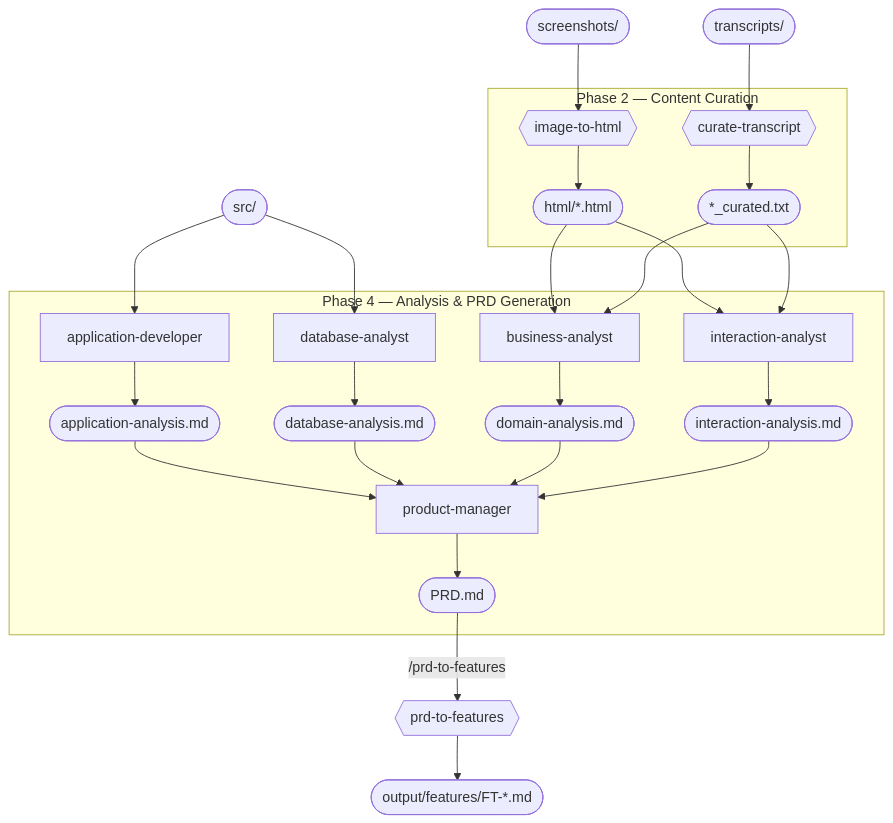
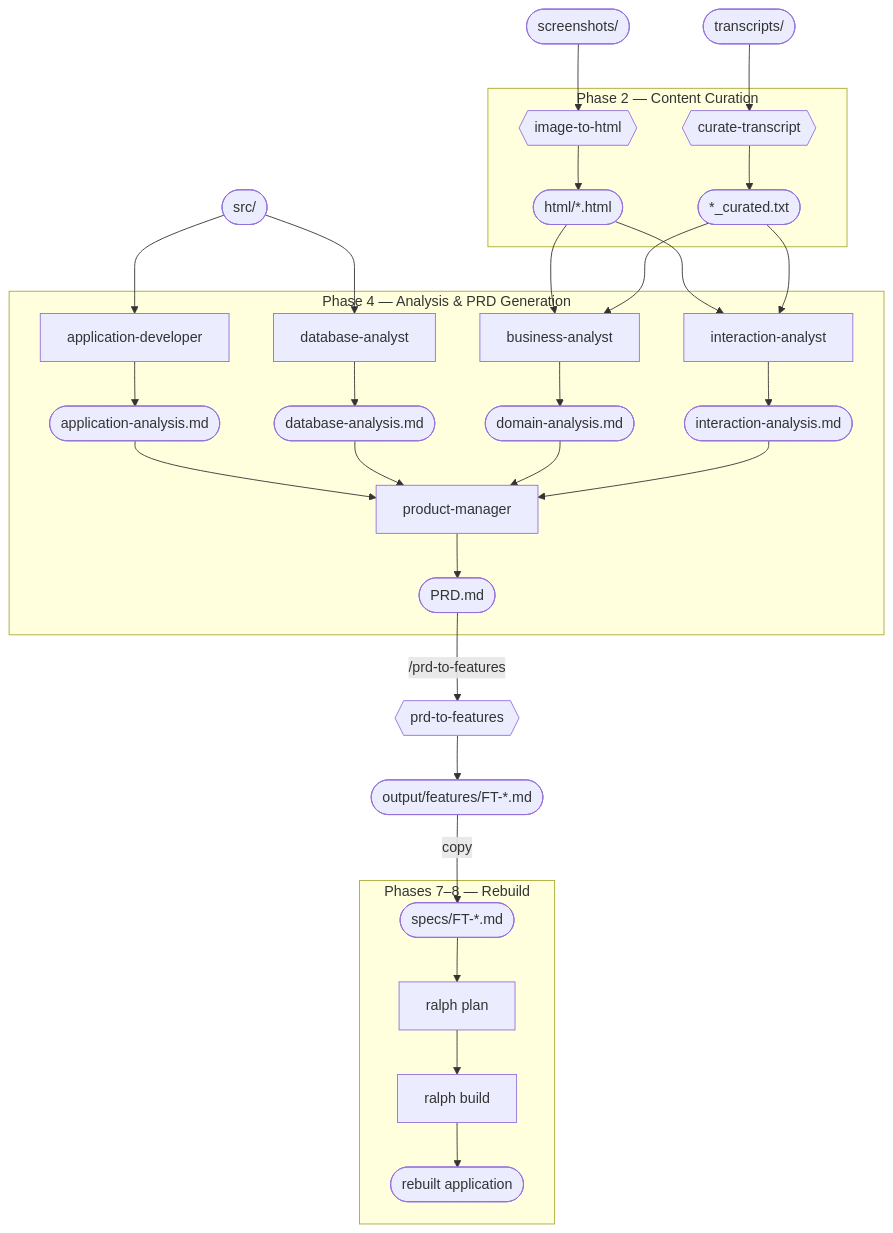
Before and after one commit to DEFRA/defra-ai-modernisation-playbook: the diagram in pages/process/README.md, drawn with Mermaid. The commit also changed other lines of this file and 8 other files, not shown here.

Commit message:
docs: add rebuild and autonomous build phases

````diff
--- a/pages/process/README.md
+++ b/pages/process/README.md
@@ -10,41 +10,54 @@
 ```mermaid
 flowchart TB
     screenshots(["screenshots/"])
     transcripts(["transcripts/"])
     src(["src/"])
 
     subgraph curation ["Phase 2 — Content Curation"]
         i2h{{image-to-html}}
         ct{{curate-transcript}}
         html(["html/*.html"])
         curated(["*_curated.txt"])
 
         i2h --> html
         ct --> curated
     end
 
     screenshots --> i2h
     transcripts --> ct
 
     subgraph analysis ["Phase 4 — Analysis & PRD Generation"]
         appdev[application-developer]
         dbanalyst[database-analyst]
         ba[business-analyst]
         ia[interaction-analyst]
         PM[product-manager]
 
         appdev --> application(["application-analysis.md"])
         dbanalyst --> database(["database-analysis.md"])
         ba --> domain(["domain-analysis.md"])
         ia --> interaction(["interaction-analysis.md"])
 
         application & database & domain & interaction --> PM
         PM --> PRD(["PRD.md"])
     end
 
     PRD -->|"/prd-to-features"| p2f{{prd-to-features}}
     p2f --> features(["output/features/FT-*.md"])
 
+    subgraph rebuild ["Phases 7–8 — Rebuild"]
+        specs(["specs/FT-*.md"])
+        plan["ralph plan"]
+        build["ralph build"]
+        app(["rebuilt application"])
+
+        specs --> plan
+        plan --> build
+        build --> app
+    end
+
+    features -->|copy| specs
+
     src --> appdev & dbanalyst
     html & curated --> ba & ia
 ```
````
